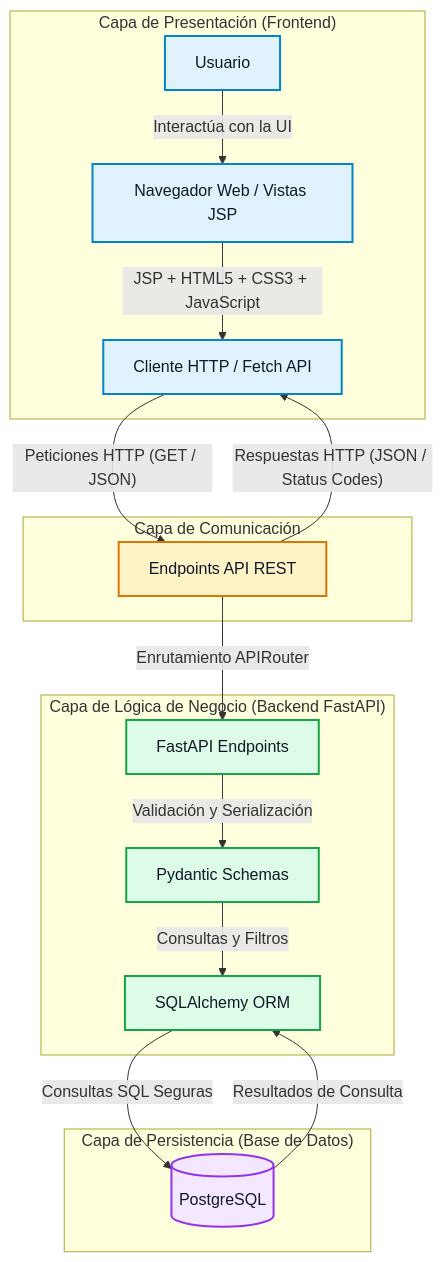
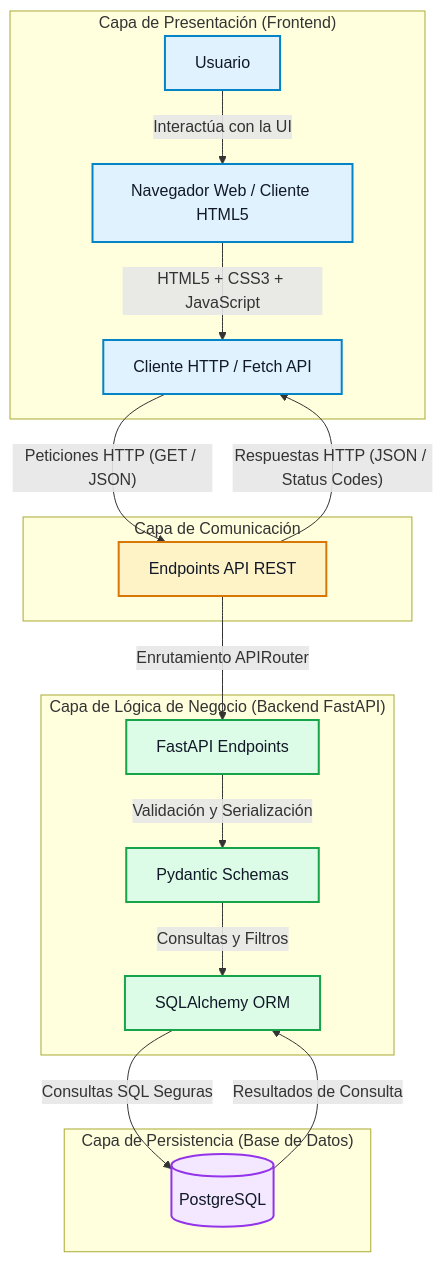
Before and after one commit to Darksam03/RuralConecta-ProyectoWeb: the first of 3 diagrams in docs/arquitectura/especificacion-tecnica.md, drawn with Mermaid. The commit also changed other lines of this file and 3 other files, not shown here.

````diff
--- a/docs/arquitectura/especificacion-tecnica.md
+++ b/docs/arquitectura/especificacion-tecnica.md
@@ -134,33 +134,33 @@
 ```mermaid
 graph TD
     subgraph "Capa de Presentación (Frontend)"
-        A["Usuario"] -->|"Interactúa con la UI"| B["Navegador Web / Vistas JSP"]
-        B -->|"JSP + HTML5 + CSS3 + JavaScript"| C["Cliente HTTP / Fetch API"]
+        A["Usuario"] -->|"Interactúa con la UI"| B["Navegador Web / Cliente HTML5"]
+        B -->|"HTML5 + CSS3 + JavaScript"| C["Cliente HTTP / Fetch API"]
     end
 
     subgraph "Capa de Comunicación"
         C -->|"Peticiones HTTP (GET / JSON)"| D["Endpoints API REST"]
         D -->|"Respuestas HTTP (JSON / Status Codes)"| C
     end
 
     subgraph "Capa de Lógica de Negocio (Backend FastAPI)"
         D -->|"Enrutamiento APIRouter"| E["FastAPI Endpoints"]
         E -->|"Validación y Serialización"| F["Pydantic Schemas"]
         F -->|"Consultas y Filtros"| G["SQLAlchemy ORM"]
     end
 
     subgraph "Capa de Persistencia (Base de Datos)"
         G -->|"Consultas SQL Seguras"| H[("PostgreSQL")]
         H -->|"Resultados de Consulta"| G
     end
 
     classDef client fill:#e0f2fe,stroke:#0284c7,stroke-width:2px,color:#111827;
     classDef comm fill:#fef3c7,stroke:#d97706,stroke-width:2px,color:#111827;
     classDef server fill:#dcfce7,stroke:#16a34a,stroke-width:2px,color:#111827;
     classDef db fill:#f3e8ff,stroke:#9333ea,stroke-width:2px,color:#111827;
 
     class A,B,C client;
     class D comm;
     class E,F,G server;
     class H db;
 ```
````
